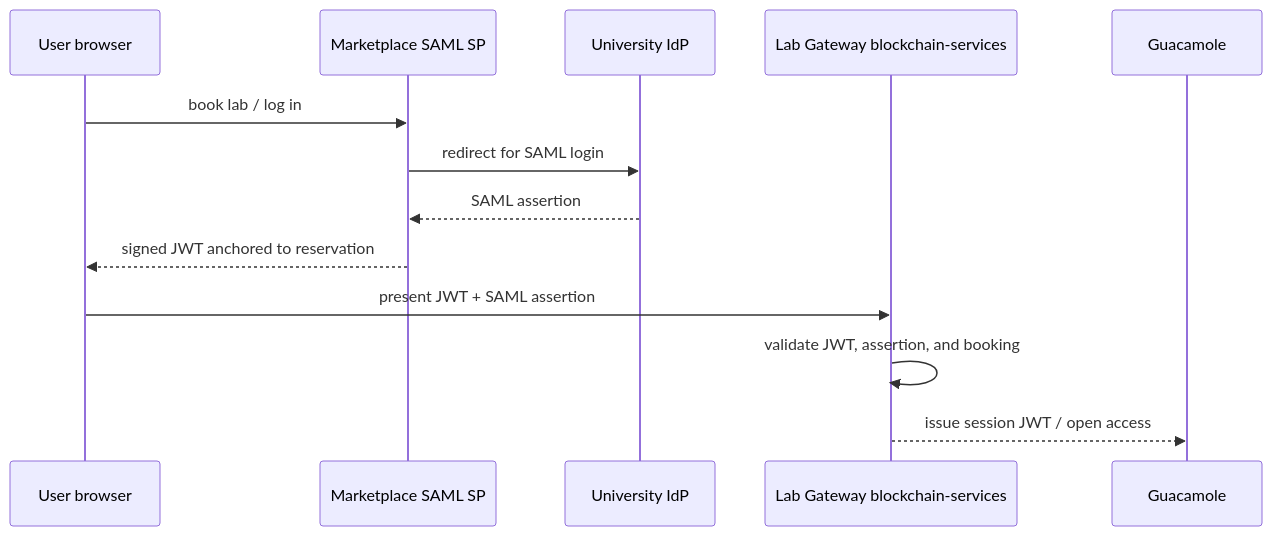
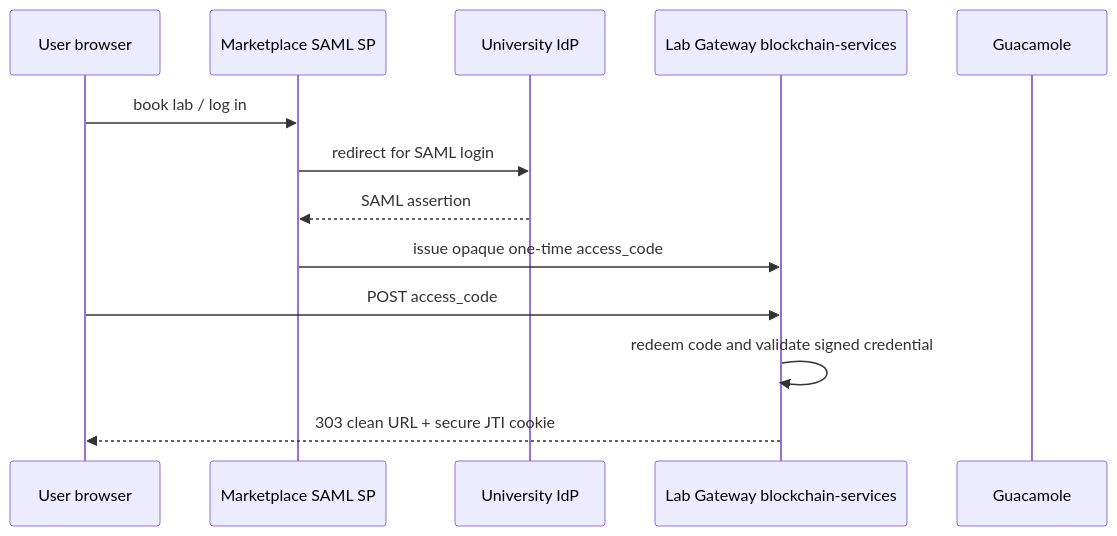
Before and after one commit to DecentraLabsCom/Lab-Gateway: the diagram in docs/edugain/edugain-federation.md, drawn with Mermaid. The commit also changed other lines of this file and 16 other files, not shown here.

Commit message:
Implement secure institutional lab access flow

````diff
--- a/docs/edugain/edugain-federation.md
+++ b/docs/edugain/edugain-federation.md
@@ -25,16 +25,16 @@
 ```mermaid
 sequenceDiagram
     participant Browser as User browser
     participant Marketplace as Marketplace SAML SP
     participant IdP as University IdP
     participant Gateway as Lab Gateway blockchain-services
     participant Guac as Guacamole
 
     Browser->>Marketplace: book lab / log in
     Marketplace->>IdP: redirect for SAML login
     IdP-->>Marketplace: SAML assertion
-    Marketplace-->>Browser: signed JWT anchored to reservation
-    Browser->>Gateway: present JWT + SAML assertion
-    Gateway->>Gateway: validate JWT, assertion, and booking
-    Gateway-->>Guac: issue session JWT / open access
+    Marketplace->>Gateway: issue opaque one-time access_code
+    Browser->>Gateway: POST access_code
+    Gateway->>Gateway: redeem code and validate signed credential
+    Gateway-->>Browser: 303 clean URL + secure JTI cookie
 ```
````
